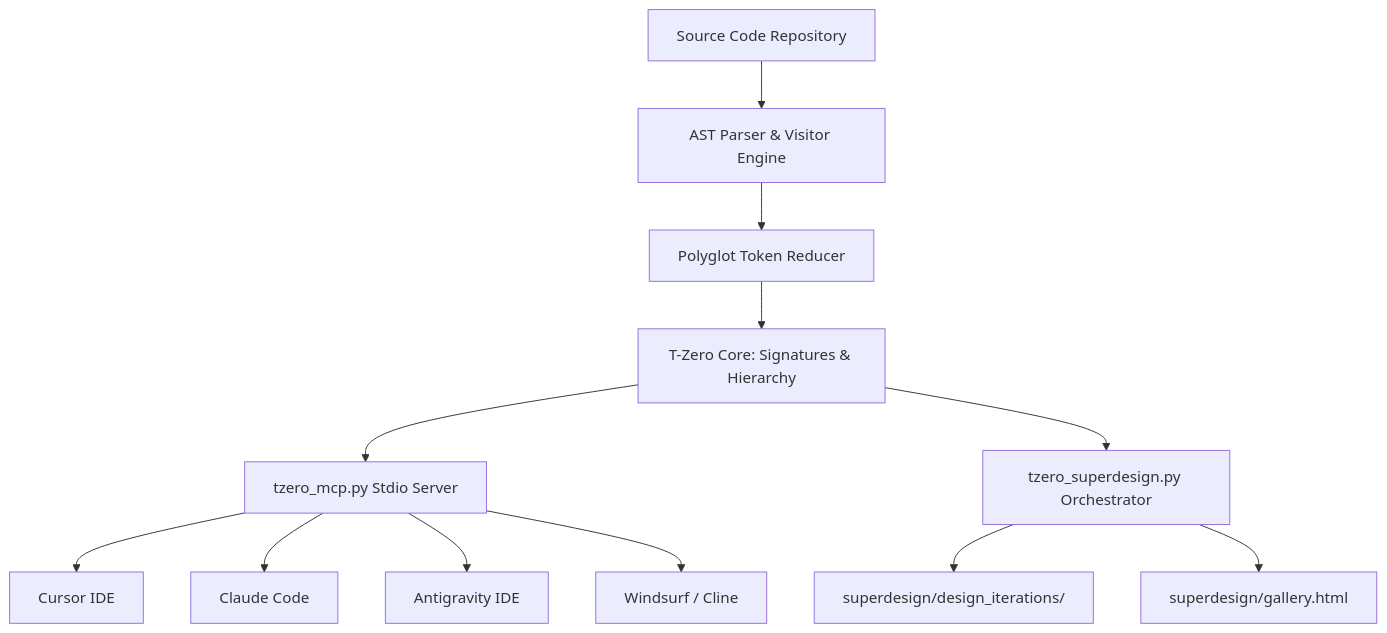
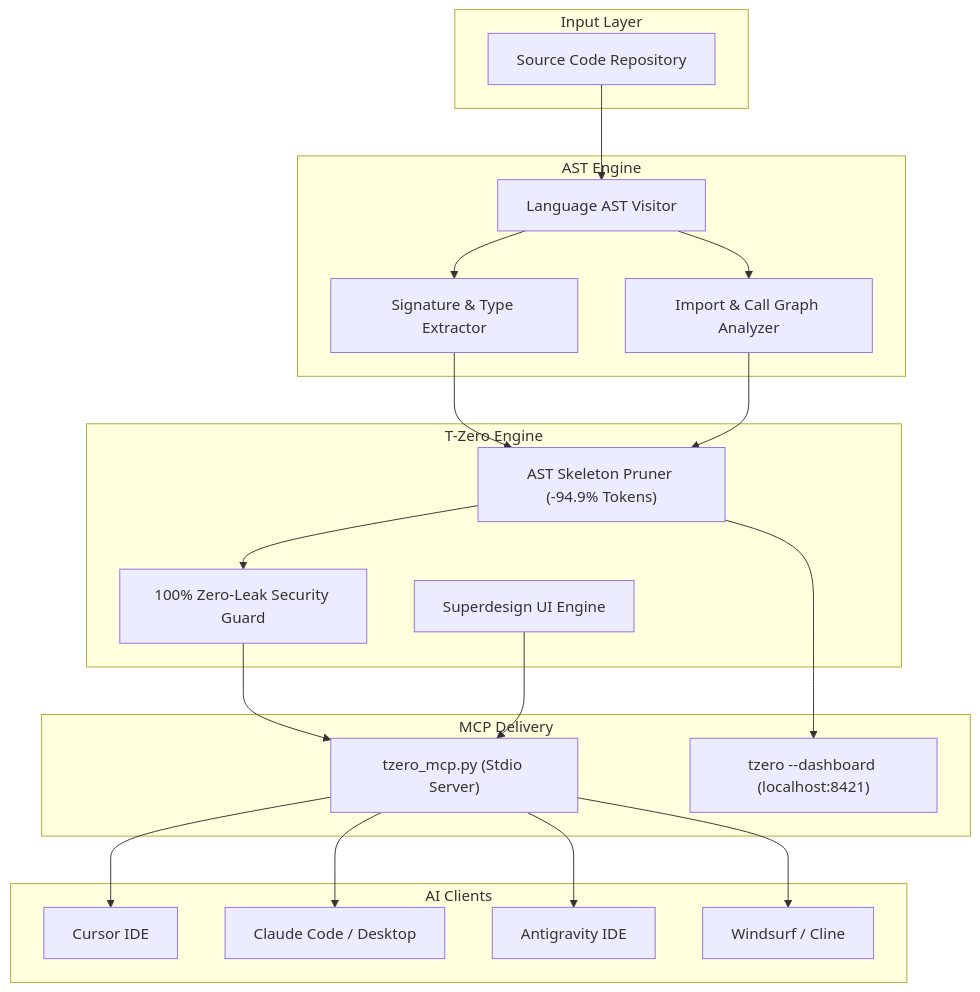
Before and after one commit to toprakahmetaydogmus/TZeroAlgorithm: the diagram in README.md, drawn with Mermaid. The commit also changed other lines of this file and 19 other files, not shown here.

````diff
--- a/README.md
+++ b/README.md
@@ -195,17 +278,44 @@
 ```mermaid
-graph TD
-    A[Source Code Repository] --> B[AST Parser & Visitor Engine]
-    B --> C[Polyglot Token Reducer]
-    C --> D[T-Zero Core: Signatures & Hierarchy]
-    
-    D --> E[tzero_mcp.py Stdio Server]
-    D --> F[tzero_superdesign.py Orchestrator]
-    
-    F --> G[superdesign/design_iterations/]
-    F --> H[superdesign/gallery.html]
-    
-    E --> I[Cursor IDE]
-    E --> J[Claude Code]
-    E --> K[Antigravity IDE]
-    E --> L[Windsurf / Cline]
+flowchart TD
+    subgraph Input ["Input Layer"]
+        REPO["Source Code Repository"]
+    end
+
+    subgraph Parser ["AST Engine"]
+        AST["Language AST Visitor"]
+        SIG["Signature & Type Extractor"]
+        DEP["Import & Call Graph Analyzer"]
+    end
+
+    subgraph Core ["T-Zero Engine"]
+        PRUNER["AST Skeleton Pruner (-94.9% Tokens)"]
+        GUARD["100% Zero-Leak Security Guard"]
+        SUPER["Superdesign UI Engine"]
+    end
+
+    subgraph Delivery ["MCP Delivery"]
+        MCP["tzero_mcp.py (Stdio Server)"]
+        DASH["tzero --dashboard (localhost:8421)"]
+    end
+
+    subgraph Clients ["AI Clients"]
+        CURSOR["Cursor IDE"]
+        CLAUDE["Claude Code / Desktop"]
+        AGY["Antigravity IDE"]
+        WINDSURF["Windsurf / Cline"]
+    end
+
+    REPO --> AST
+    AST --> SIG
+    AST --> DEP
+    SIG --> PRUNER
+    DEP --> PRUNER
+    PRUNER --> GUARD
+    GUARD --> MCP
+    SUPER --> MCP
+    PRUNER --> DASH
+    MCP --> CURSOR
+    MCP --> CLAUDE
+    MCP --> AGY
+    MCP --> WINDSURF
 ```
````
